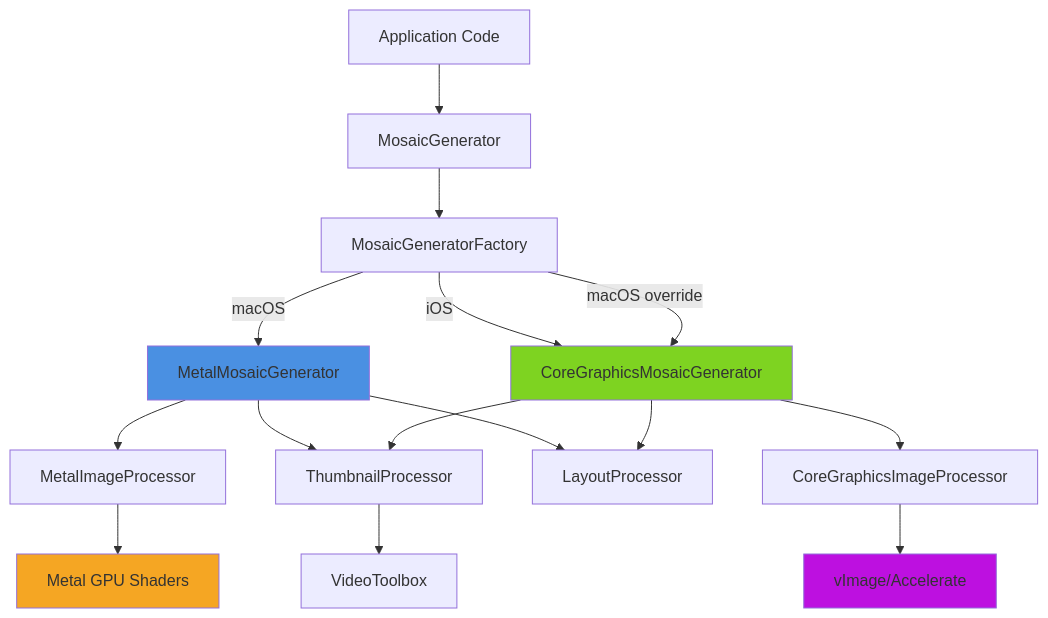
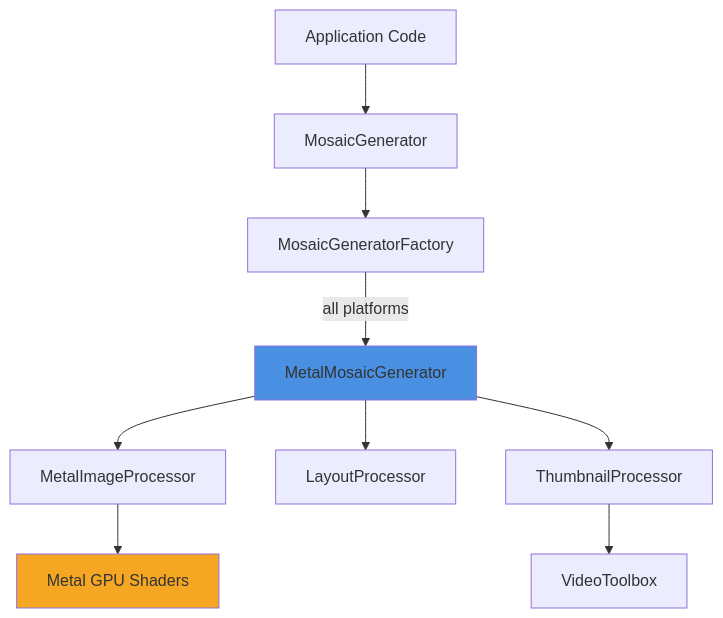
One commit to fdenis75/MosaicKit changed the diagram in Sources/MosaicKit.docc/Articles/Architecture.md. Above: the diagram before and after it, drawn with Mermaid. The commit also changed other lines of this file and 12 other files, not shown here.

First line of the commit message:
Remove CoreGraphics engine — unify on Metal for all platforms

````diff
--- a/Sources/MosaicKit.docc/Articles/Architecture.md
+++ b/Sources/MosaicKit.docc/Articles/Architecture.md
@@ -15,31 +15,22 @@
 ```mermaid
 graph TB
     App[Application Code]
     
     App --> MG[MosaicGenerator]
     
     MG --> Factory[MosaicGeneratorFactory]
     
-    Factory -->|macOS| Metal[MetalMosaicGenerator]
-    Factory -->|iOS| CG[CoreGraphicsMosaicGenerator]
-    Factory -->|macOS override| CG
+    Factory -->|all platforms| Metal[MetalMosaicGenerator]
     
     Metal --> MetalProc[MetalImageProcessor]
-    CG --> CGProc[CoreGraphicsImageProcessor]
     
     MetalProc --> GPU[Metal GPU Shaders]
-    CGProc --> vImage[vImage/Accelerate]
     
     Metal --> Layout[LayoutProcessor]
-    CG --> Layout
-    
     Metal --> Thumb[ThumbnailProcessor]
-    CG --> Thumb
     
     Thumb --> VT[VideoToolbox]
     
     style Metal fill:#4A90E2
-    style CG fill:#7ED321
     style GPU fill:#F5A623
-    style vImage fill:#BD10E0
 ```
````
